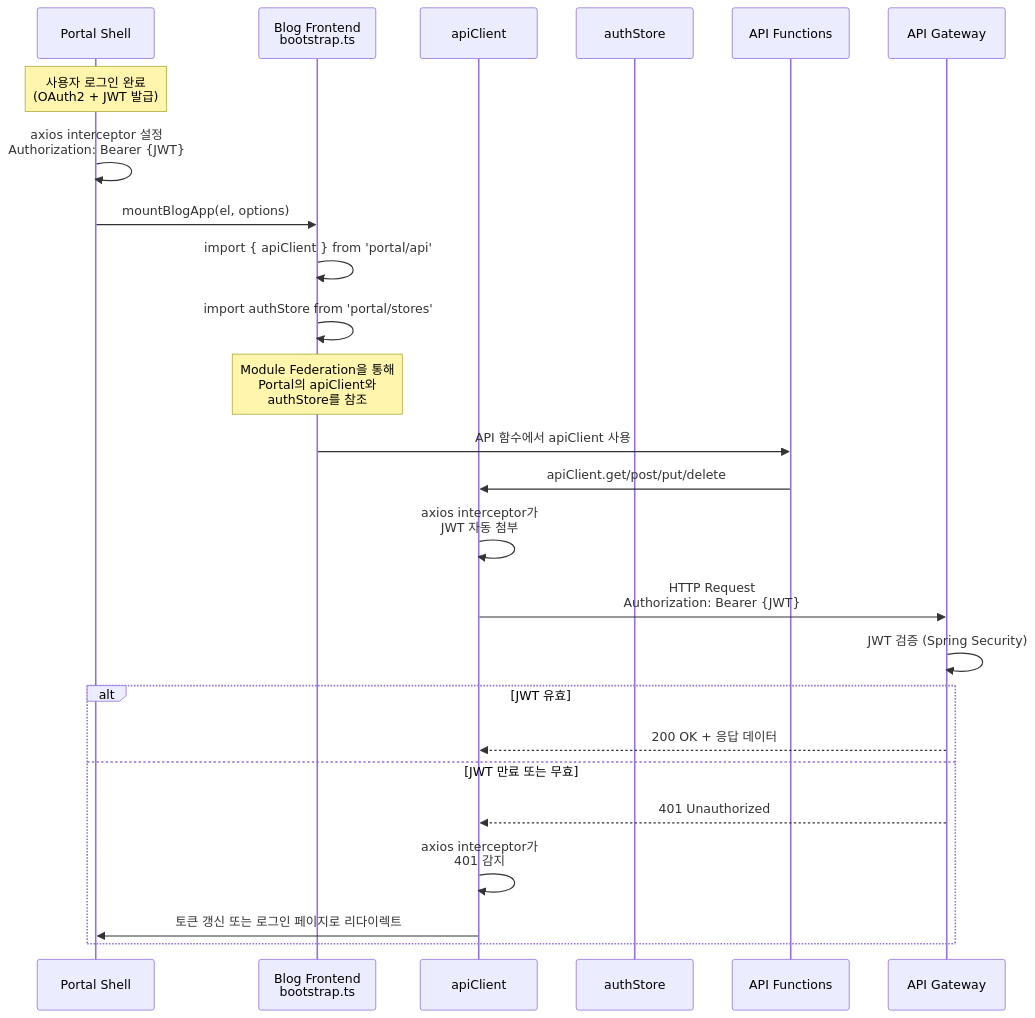
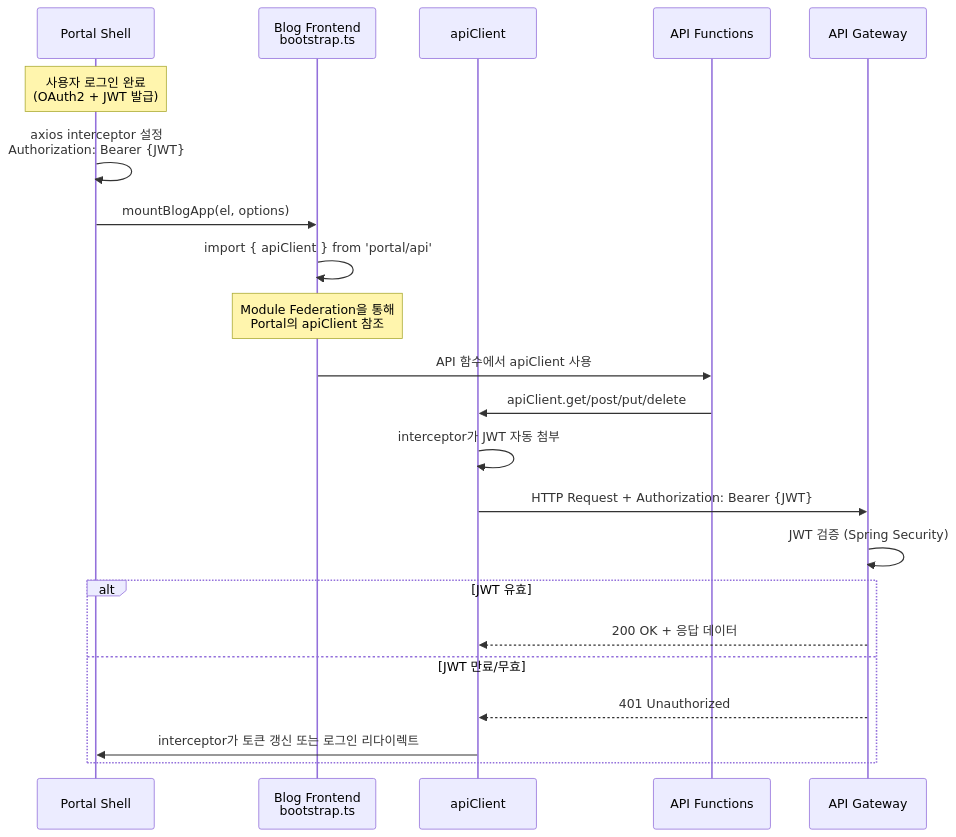
One commit to L-a-z-e/portal-universe changed diagram 11 of 13 in docs/architecture/blog-frontend/data-flow.md. Above: the diagram before and after it, drawn with Mermaid. The commit also changed other lines of this file and 3 other files, not shown here.

First line of the commit message:
docs(architecture): rewrite blog-frontend docs to match actual codebase

````diff
--- a/docs/architecture/blog-frontend/data-flow.md
+++ b/docs/architecture/blog-frontend/data-flow.md
@@ -295,28 +400,27 @@
 ```mermaid
 sequenceDiagram
     participant PS as Portal Shell
     participant BS as Blog Frontend<br/>bootstrap.ts
     participant AC as apiClient
-    participant AS as authStore
     participant API as API Functions
-    participant G as API Gateway
+    participant GW as API Gateway
 
     Note over PS: 사용자 로그인 완료<br/>(OAuth2 + JWT 발급)
     PS->>PS: axios interceptor 설정<br/>Authorization: Bearer {JWT}
     PS->>BS: mountBlogApp(el, options)
     BS->>BS: import { apiClient } from 'portal/api'
-    BS->>BS: import authStore from 'portal/stores'
-    Note over BS: Module Federation을 통해<br/>Portal의 apiClient와<br/>authStore를 참조
+    Note over BS: Module Federation을 통해<br/>Portal의 apiClient 참조
+
     BS->>API: API 함수에서 apiClient 사용
     API->>AC: apiClient.get/post/put/delete
-    AC->>AC: axios interceptor가<br/>JWT 자동 첨부
-    AC->>G: HTTP Request<br/>Authorization: Bearer {JWT}
-    G->>G: JWT 검증 (Spring Security)
+    AC->>AC: interceptor가 JWT 자동 첨부
+    AC->>GW: HTTP Request + Authorization: Bearer {JWT}
+    GW->>GW: JWT 검증 (Spring Security)
+
     alt JWT 유효
-        G-->>AC: 200 OK + 응답 데이터
-    else JWT 만료 또는 무효
-        G-->>AC: 401 Unauthorized
-        AC->>AC: axios interceptor가<br/>401 감지
-        AC->>PS: 토큰 갱신 또는 로그인 페이지로 리다이렉트
+        GW-->>AC: 200 OK + 응답 데이터
+    else JWT 만료/무효
+        GW-->>AC: 401 Unauthorized
+        AC->>PS: interceptor가 토큰 갱신 또는 로그인 리다이렉트
     end
 ```
````
